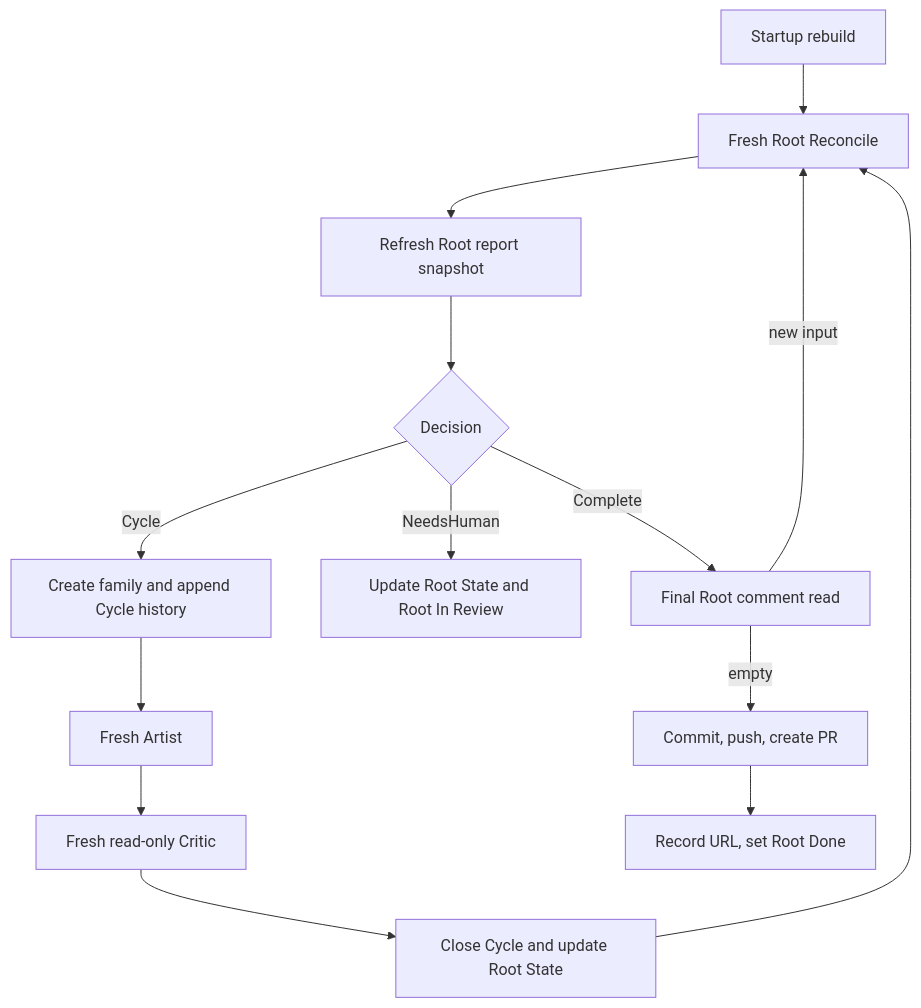
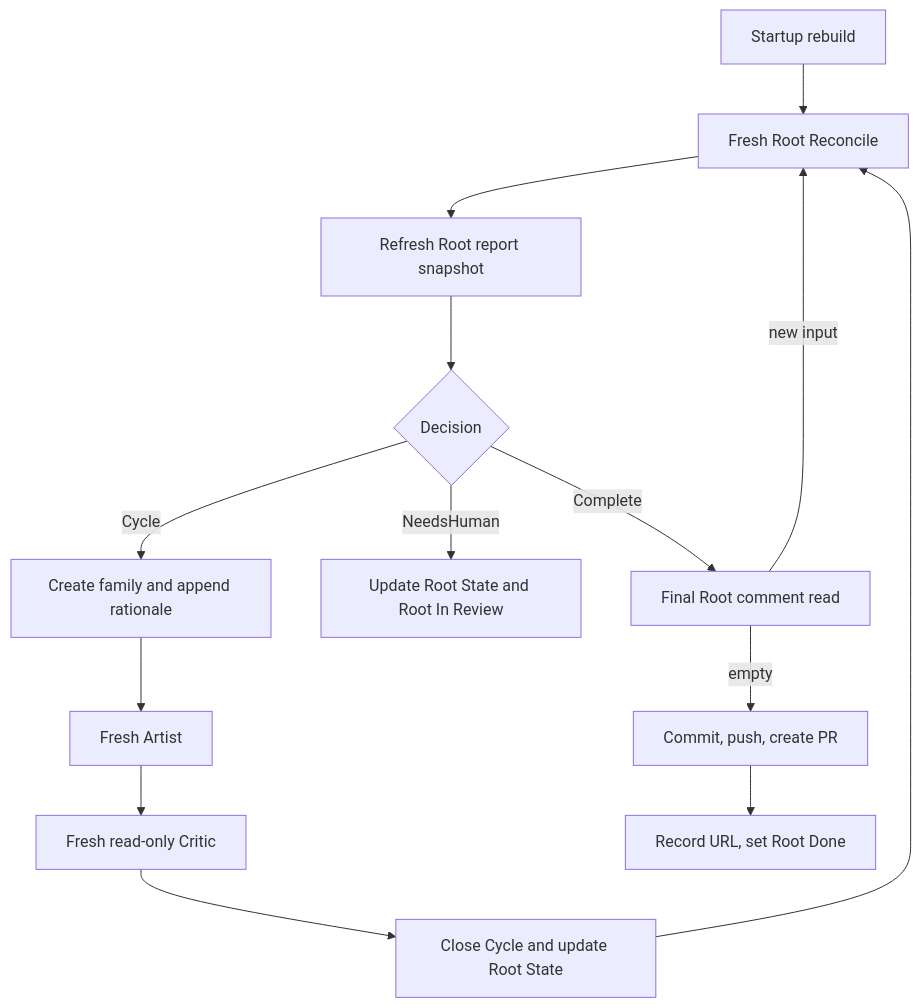
The diagram in docs/architecture/conductor.md (hallucination-studio/symphony), drawn with Mermaid before and after one commit. The commit also changed other lines of this file and 76 other files, not shown here.

````diff
--- a/docs/architecture/conductor.md
+++ b/docs/architecture/conductor.md
@@ -126,17 +132,17 @@
 ```mermaid
 %% source-rules: WF-ROUTE-001 WF-ROUTE-002 WF-ROUTE-003 WF-ROUTE-004 WF-ROUTE-005 WF-ROUTE-006 WF-ROUTE-007 WF-ROUTE-008
 flowchart TD
   Start[Startup rebuild] --> Reconcile[Fresh Root Reconcile]
   Reconcile --> Report[Refresh Root report snapshot]
   Report --> Decision{Decision}
-  Decision -->|Cycle| Create[Create family and append Cycle history]
+  Decision -->|Cycle| Create[Create family and append rationale]
   Create --> Artist[Fresh Artist]
   Artist --> Critic[Fresh read-only Critic]
   Critic --> Close[Close Cycle and update Root State]
   Close --> Reconcile
   Decision -->|NeedsHuman| Stop[Update Root State and Root In Review]
   Decision -->|Complete| Inbox[Final Root comment read]
   Inbox -->|new input| Reconcile
   Inbox -->|empty| PR[Commit, push, create PR]
   PR --> Done[Record URL, set Root Done]
 ```
````
